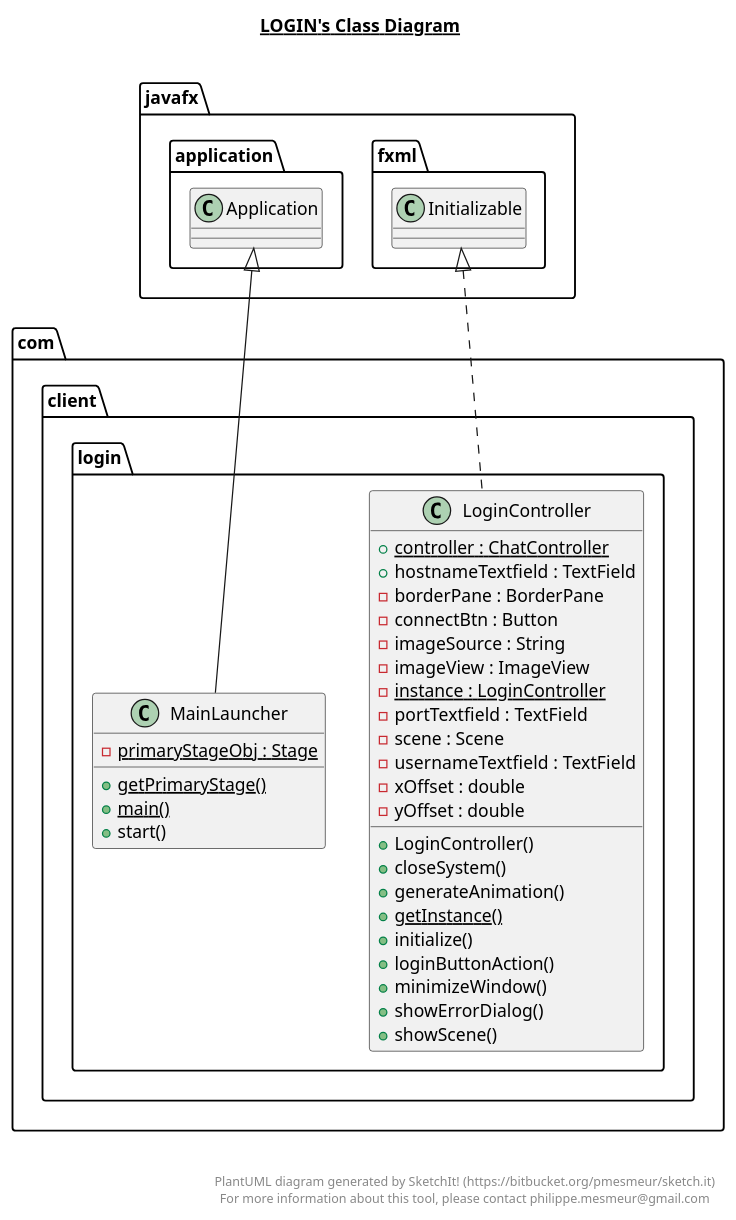
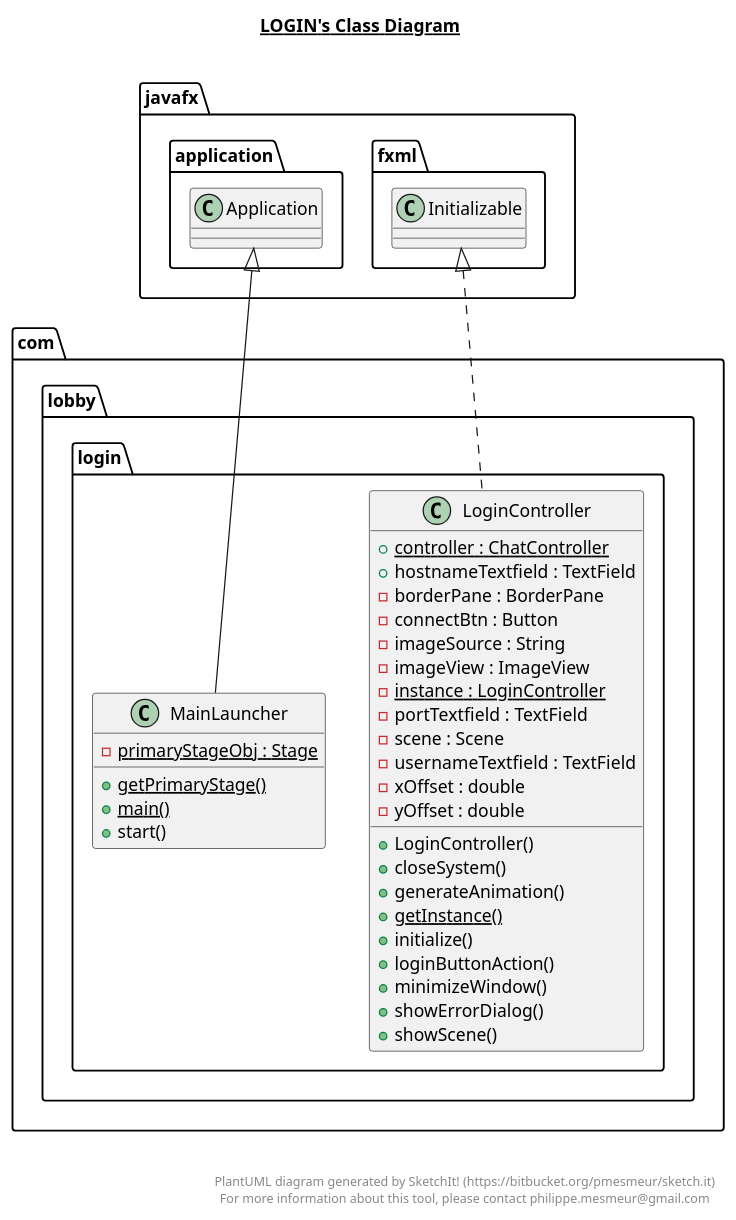
One commit to thuyhoang-bkuer/CN-assignment-1 changed the diagram in core/out/production/core/com/lobby/login/login.plantuml. Above: the diagram before and after it, drawn with PlantUML. The commit also changed 115 other files, not shown here.

Commit message:
Generate UML

```diff
--- a/core/out/production/core/com/lobby/login/login.plantuml
+++ b/core/out/production/core/com/lobby/login/login.plantuml
@@ -1,53 +1,53 @@
 @startuml
 
 title __LOGIN's Class Diagram__\n
 
-  namespace com.client.login {
-    class com.client.login.LoginController {
+  namespace com.lobby.login {
+    class com.lobby.login.LoginController {
         {static} + controller : ChatController
         + hostnameTextfield : TextField
         - borderPane : BorderPane
         - connectBtn : Button
         - imageSource : String
         - imageView : ImageView
         {static} - instance : LoginController
         - portTextfield : TextField
         - scene : Scene
         - usernameTextfield : TextField
         - xOffset : double
         - yOffset : double
         + LoginController()
         + closeSystem()
         + generateAnimation()
         {static} + getInstance()
         + initialize()
         + loginButtonAction()
         + minimizeWindow()
         + showErrorDialog()
         + showScene()
     }
   }
   
 
-  namespace com.client.login {
-    class com.client.login.MainLauncher {
+  namespace com.lobby.login {
+    class com.lobby.login.MainLauncher {
         {static} - primaryStageObj : Stage
         {static} + getPrimaryStage()
         {static} + main()
         + start()
     }
   }
   
 
-  com.client.login.LoginController .up.|> javafx.fxml.Initializable
-  com.client.login.MainLauncher -up-|> javafx.application.Application
+  com.lobby.login.LoginController .up.|> javafx.fxml.Initializable
+  com.lobby.login.MainLauncher -up-|> javafx.application.Application
 
 
 right footer
 
 
 PlantUML diagram generated by SketchIt! (https://bitbucket.org/pmesmeur/sketch.it)
 For more information about this tool, please contact philippe.mesmeur@gmail.com
 endfooter
 
 @enduml
```
